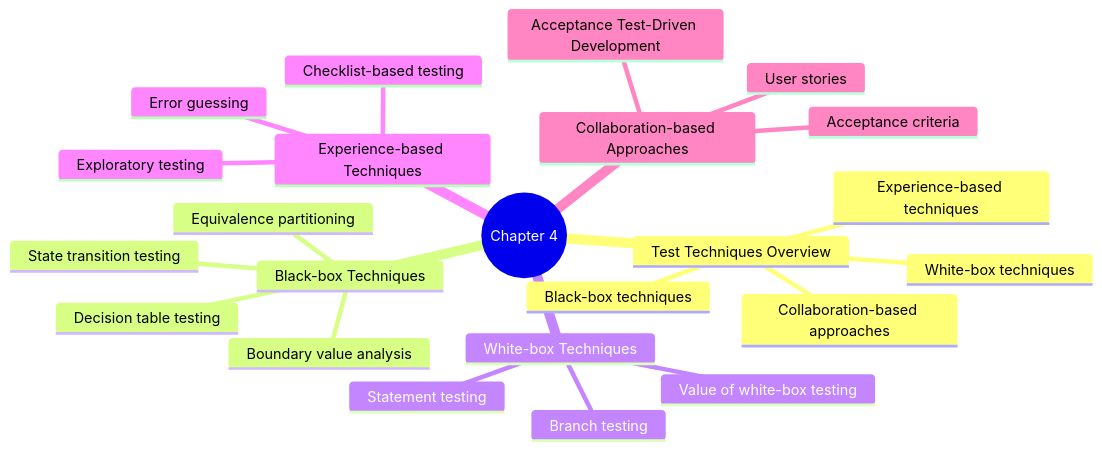
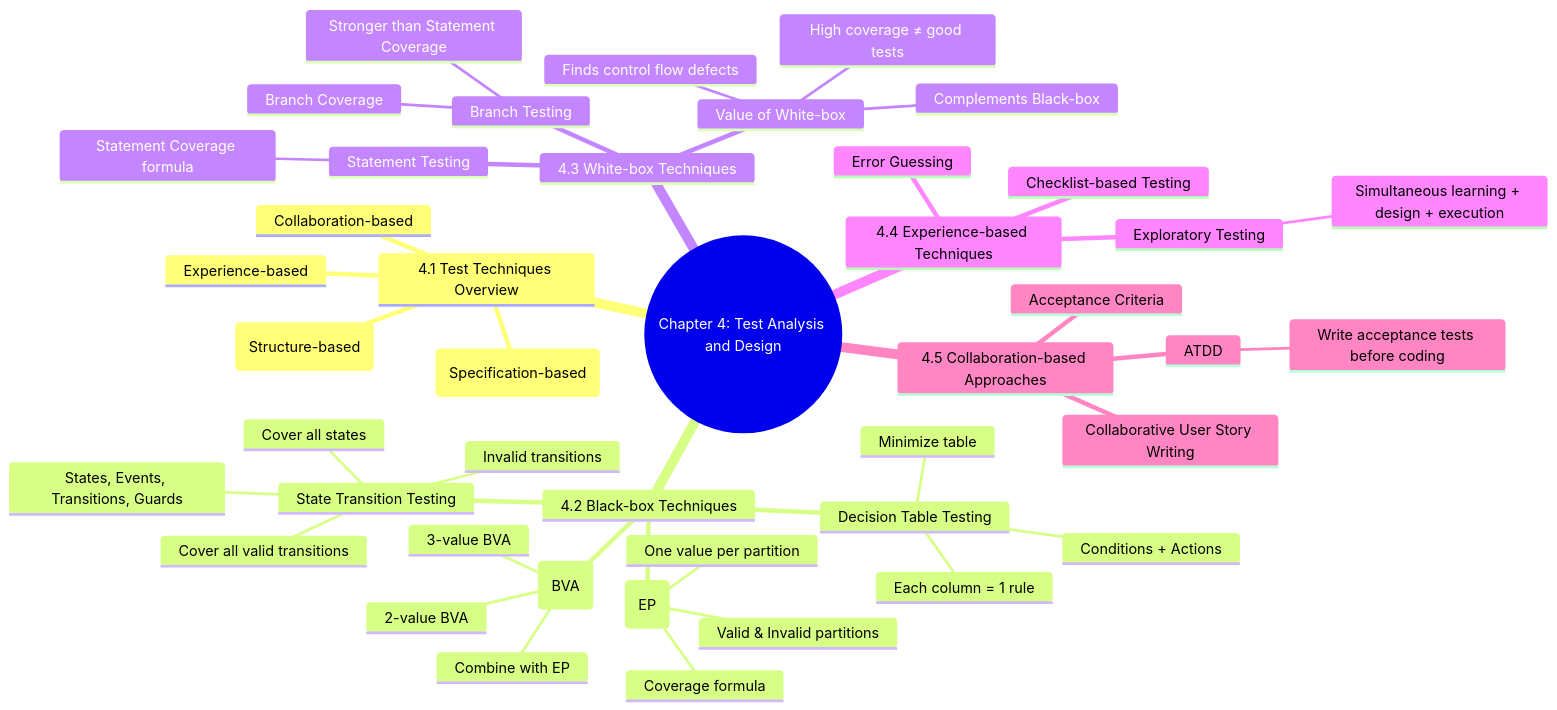
The diagram in doc/chapter4/mind_map_chapter4.md (BaoNV1/ISTQB-app), drawn with Mermaid before and after one commit. The commit also changed 1 other file, not shown here.

Commit message:
update mind map chapter4

````diff
--- a/doc/chapter4/mind_map_chapter4.md
+++ b/doc/chapter4/mind_map_chapter4.md
@@ -5,26 +5,47 @@
 ```mermaid
 mindmap
-  root((Chapter 4))
-    Test Techniques Overview
-      Black-box techniques
-      White-box techniques
-      Experience-based techniques
-      Collaboration-based approaches
-    Black-box Techniques
-      Equivalence partitioning
-      Boundary value analysis
-      Decision table testing
-      State transition testing
-    White-box Techniques
-      Statement testing
-      Branch testing
-      Value of white-box testing
-    Experience-based Techniques
-      Error guessing
-      Exploratory testing
-      Checklist-based testing
-    Collaboration-based Approaches
-      User stories
-      Acceptance criteria
-      Acceptance Test-Driven Development
+  root((Chapter 4: Test Analysis and Design))
+    4.1 Test Techniques Overview
+      Black-box (Specification-based)
+      White-box (Structure-based)
+      Experience-based
+      Collaboration-based
+    4.2 Black-box Techniques
+      Equivalence Partitioning (EP)
+        Valid & Invalid partitions
+        One value per partition
+        Coverage formula
+      Boundary Value Analysis (BVA)
+        2-value BVA
+        3-value BVA
+        Combine with EP
+      Decision Table Testing
+        Conditions + Actions
+        Each column = 1 rule
+        Minimize table
+      State Transition Testing
+        States, Events, Transitions, Guards
+        Cover all states
+        Cover all valid transitions
+        Invalid transitions
+    4.3 White-box Techniques
+      Statement Testing
+        Statement Coverage formula
+      Branch Testing
+        Branch Coverage
+        Stronger than Statement Coverage
+      Value of White-box
+        Finds control flow defects
+        Complements Black-box
+        High coverage ≠ good tests
+    4.4 Experience-based Techniques
+      Error Guessing
+      Exploratory Testing
+        Simultaneous learning + design + execution
+      Checklist-based Testing
+    4.5 Collaboration-based Approaches
+      Collaborative User Story Writing
+      Acceptance Criteria
+      ATDD
+        Write acceptance tests before coding
 ```
````
